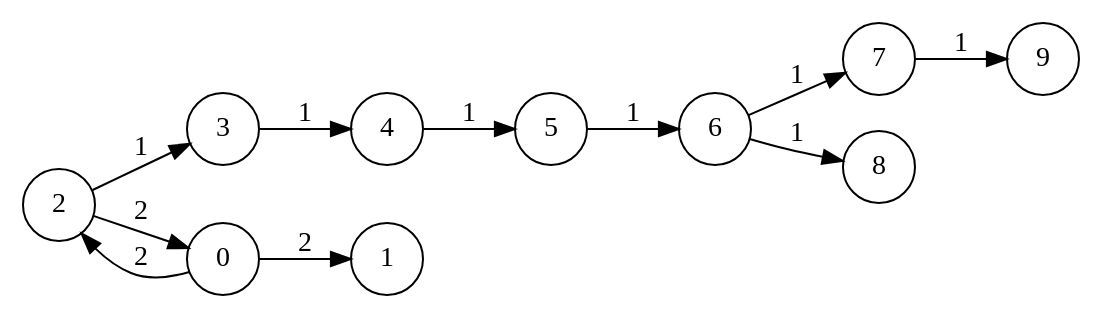
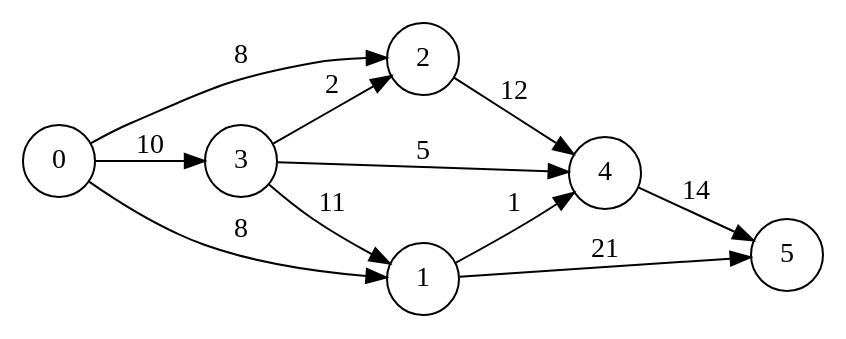
One commit to jodorganistaca/ProjectOcaml changed the diagram in graphs/graph_no_path.dot. Above: the diagram before and after it, drawn with Graphviz. The commit also changed 8 other files, not shown here.

```diff
--- a/graphs/graph_no_path.dot
+++ b/graphs/graph_no_path.dot
@@ -1,15 +1,15 @@
 digraph dot_graph {
   rankdir=LR;
   size="8,5"
   node [shape=circle];
-  3 -> 4 [label = "1"]; 
-  7 -> 9 [label = "1"]; 
-  6 -> 8 [label = "1"]; 
-  6 -> 7 [label = "1"]; 
-  5 -> 6 [label = "1"]; 
-  4 -> 5 [label = "1"]; 
-  2 -> 0 [label = "2"]; 
-  2 -> 3 [label = "1"]; 
-  0 -> 2 [label = "2"]; 
-  0 -> 1 [label = "2"]; 
+  2 -> 4 [label = "12"]; 
+  3 -> 4 [label = "5"]; 
+  3 -> 2 [label = "2"]; 
+  3 -> 1 [label = "11"]; 
+  1 -> 4 [label = "1"]; 
+  1 -> 5 [label = "21"]; 
+  4 -> 5 [label = "14"]; 
+  0 -> 2 [label = "8"]; 
+  0 -> 3 [label = "10"]; 
+  0 -> 1 [label = "8"]; 
 }
```
